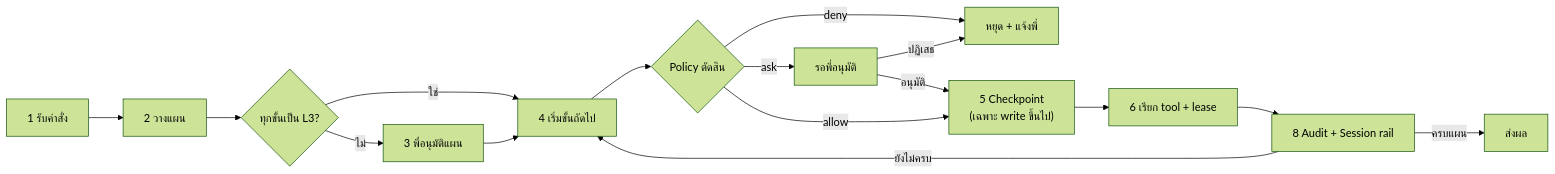
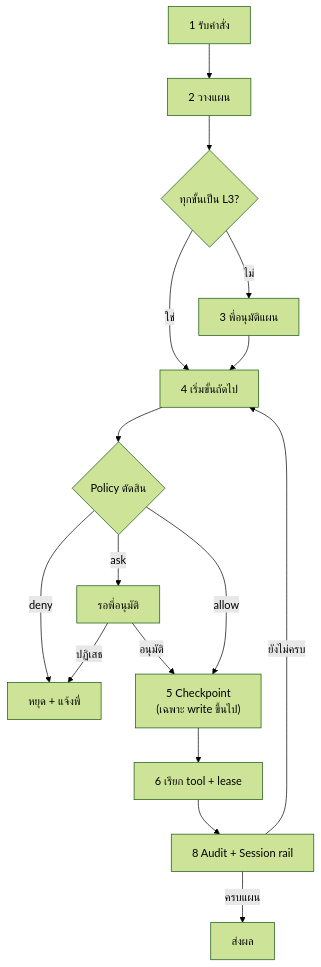
One commit to EarthStrixDEV/es-bot changed the first of 3 diagrams in README.md. Above: the diagram before and after it, drawn with Mermaid (forest theme).

Commit message:
README: draw the run flow top-down so it stays readable
Claude-Session: https://claude.ai/code/session_015AKGJM84hPUgvAggYhVurL

````diff
--- a/README.md
+++ b/README.md
@@ -107,18 +107,18 @@
 ```mermaid
-flowchart LR
+flowchart TB
     A["1 รับคำสั่ง"] --> B["2 วางแผน"]
     B --> C{"ทุกขั้นเป็น L3?"}
     C -- "ไม่" --> D["3 พี่อนุมัติแผน"]
     C -- "ใช่" --> E
     D --> E["4 เริ่มขั้นถัดไป"]
     E --> P{"Policy ตัดสิน"}
     P -- "deny" --> X["หยุด + แจ้งพี่"]
     P -- "ask" --> Q["รอพี่อนุมัติ"]
     Q -- "อนุมัติ" --> F
     Q -- "ปฏิเสธ" --> X
     P -- "allow" --> F["5 Checkpoint<br/>(เฉพาะ write ขึ้นไป)"]
     F --> G["6 เรียก tool + lease"]
     G --> H["8 Audit + Session rail"]
     H -- "ยังไม่ครบ" --> E
     H -- "ครบแผน" --> Z["ส่งผล"]
 ```
````
